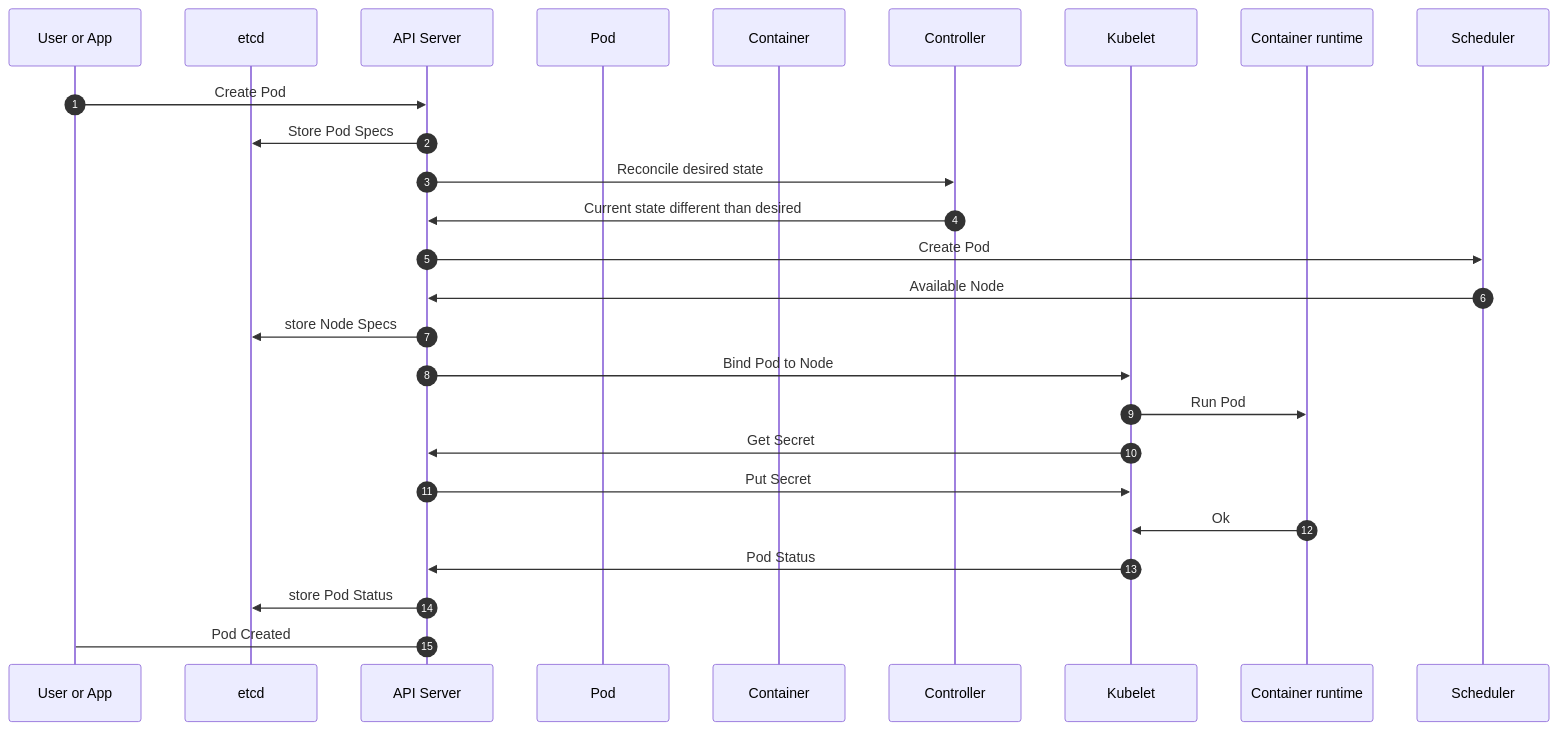
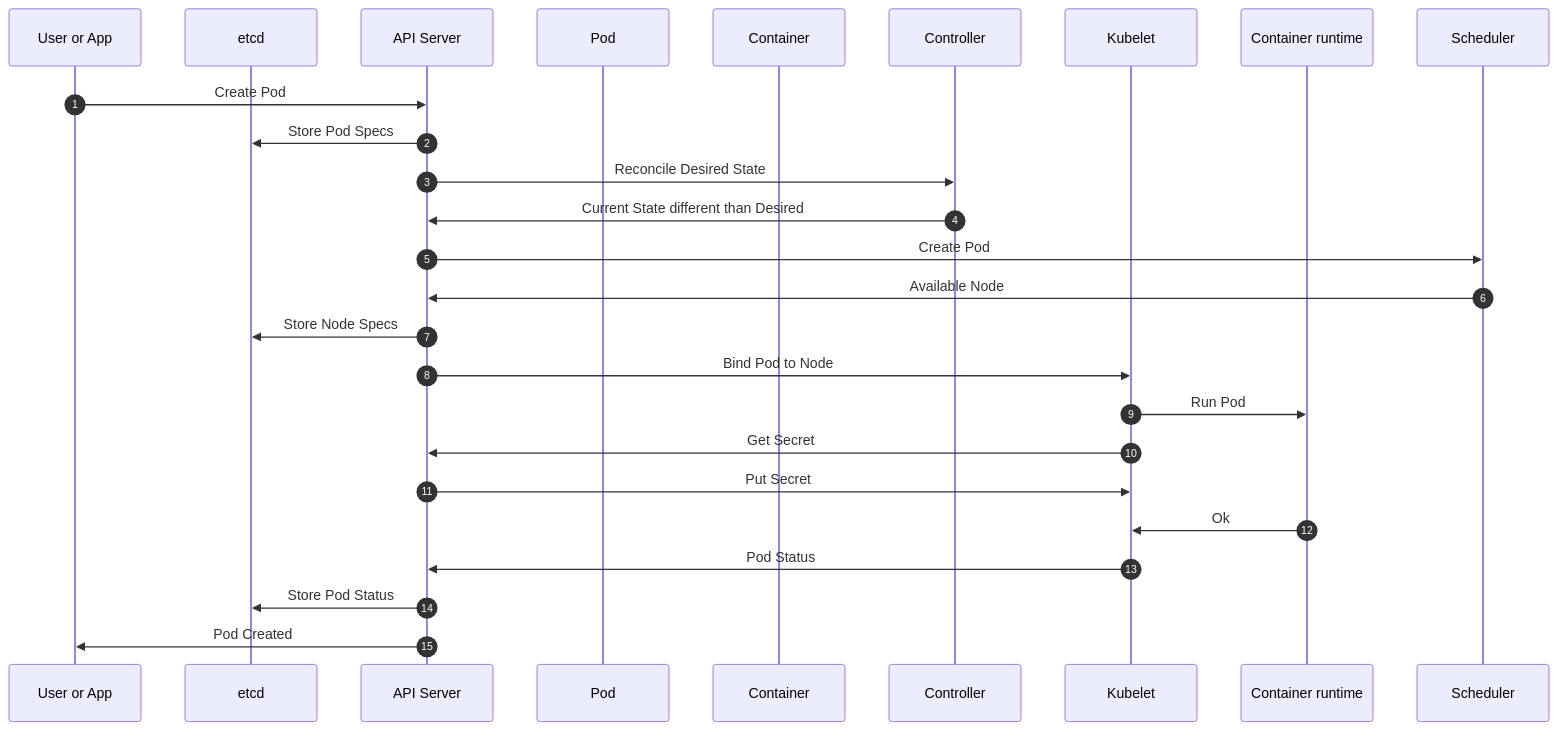
The second of 2 diagrams in ch01/example02/readme.md (PacktPublishing/Kubernetes-Secrets-Handbook), drawn with Mermaid before and after one commit.

Commit message:
chapter 1 - example 2

````diff
--- a/ch01/example02/readme.md
+++ b/ch01/example02/readme.md
@@ -151,27 +151,27 @@
 ```mermaid
 sequenceDiagram
 participant User or App
 participant etcd
 participant API Server
 participant Pod
 participant Container
 participant Controller
 participant Kubelet
 participant Container runtime
 autonumber
   User or App->>API Server: Create Pod
   API Server->>etcd: Store Pod Specs
-  API Server->>Controller: Reconcile desired state
-  Controller->>API Server: Current state different than desired
+  API Server->>Controller: Reconcile Desired State
+  Controller->>API Server: Current State different than Desired
   API Server->>Scheduler: Create Pod
   Scheduler->>API Server: Available Node
-  API Server->>etcd: store Node Specs
+  API Server->>etcd: Store Node Specs
   API Server->>Kubelet: Bind Pod to Node
   Kubelet->>Container runtime: Run Pod
   Kubelet->>API Server: Get Secret
   API Server->>Kubelet: Put Secret
   Container runtime->>Kubelet: Ok
   Kubelet->>API Server: Pod Status
-  API Server->>etcd: store Pod Status
-  API Server-> User or App: Pod Created
+  API Server->>etcd: Store Pod Status
+  API Server->>User or App: Pod Created
 ```
````
